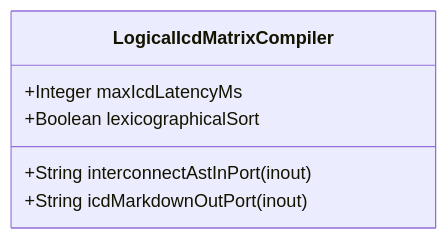
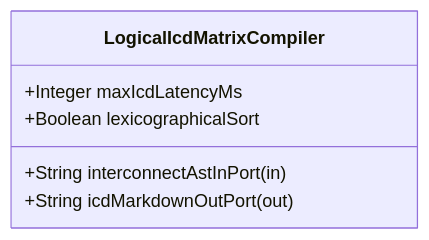
One commit to gintatkinson/DEAP01-spec-core changed the diagram in .pipeline/upstream/docs/features/FEAT-19-LogicalIcdMatrixCompiler.md. Above: the diagram before and after it, drawn with Mermaid. The commit also changed other lines of this file and 213 other files, not shown here.

````diff
--- a/.pipeline/upstream/docs/features/FEAT-19-LogicalIcdMatrixCompiler.md
+++ b/.pipeline/upstream/docs/features/FEAT-19-LogicalIcdMatrixCompiler.md
@@ -16,9 +16,9 @@
 ```mermaid
 classDiagram
     class LogicalIcdMatrixCompiler {
-        +String interconnectAstInPort (inout)
-        +String icdMarkdownOutPort (inout)
+        +String interconnectAstInPort (in)
+        +String icdMarkdownOutPort (out)
         +Integer maxIcdLatencyMs
         +Boolean lexicographicalSort
     }
 ```
````
